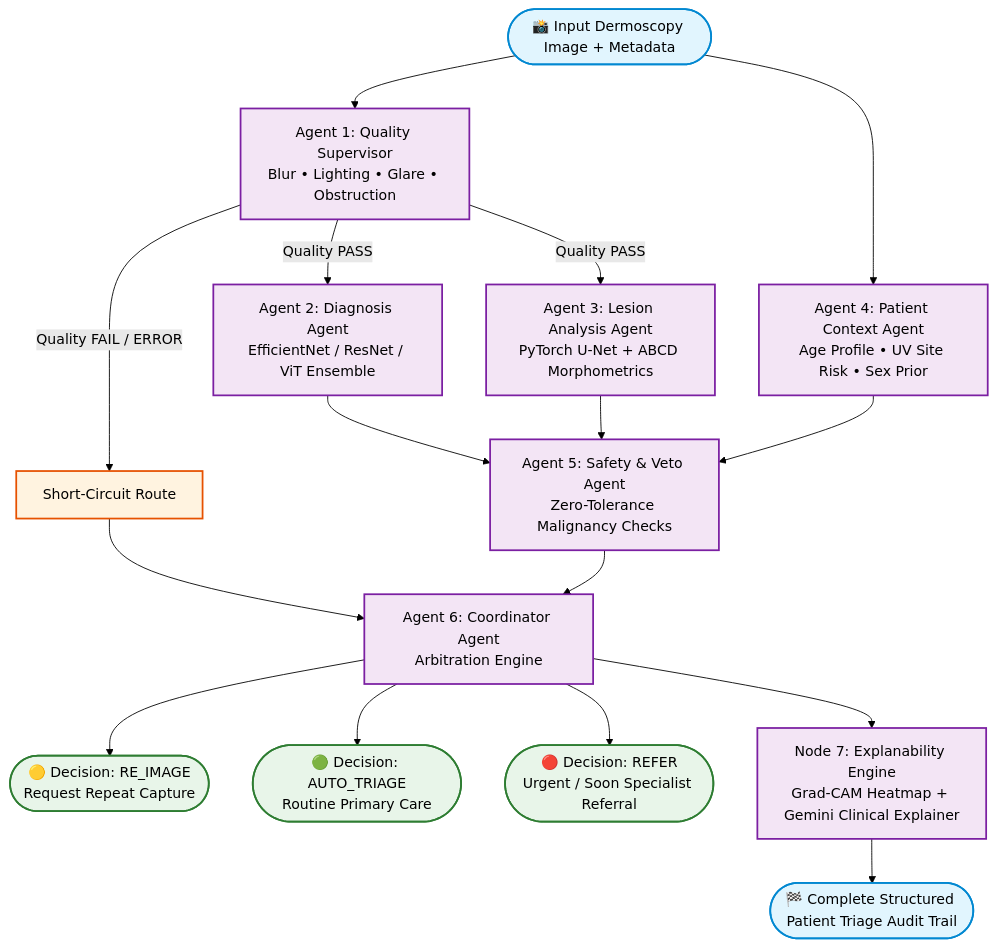
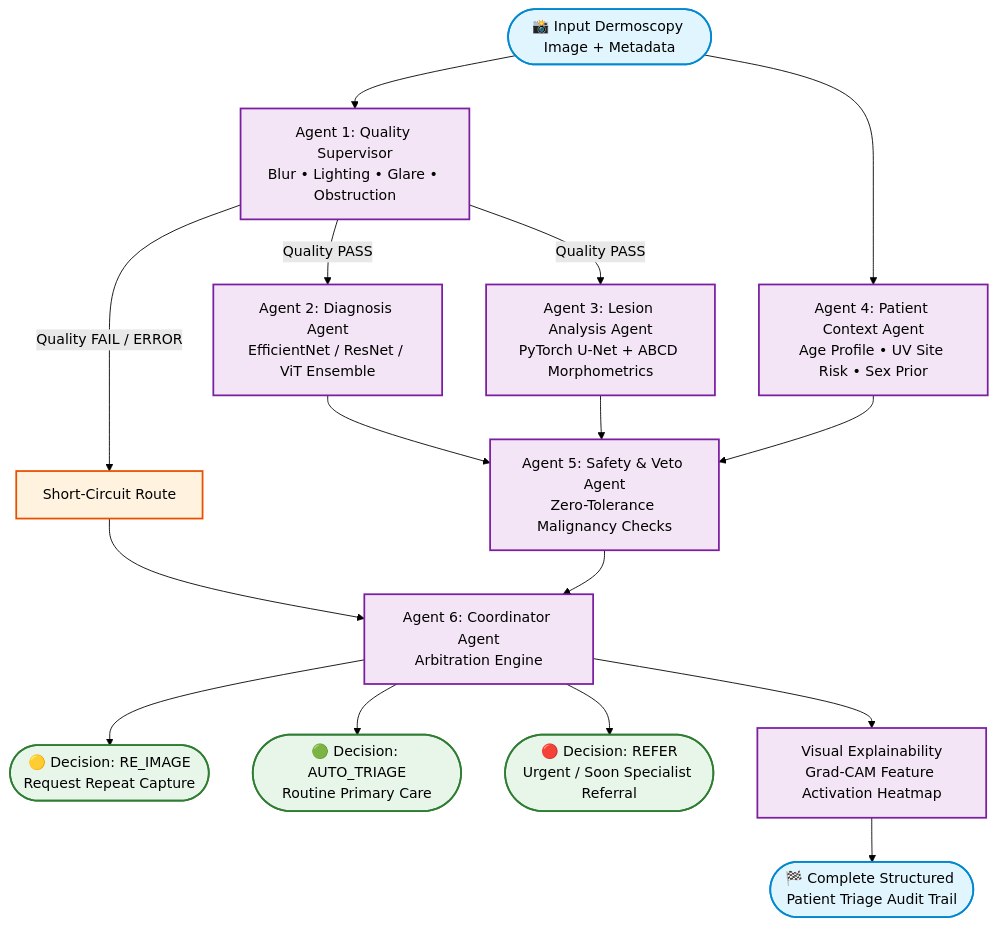
One commit to AryanV-Coder/DermaGuard changed the diagram in README.md. Above: the diagram before and after it, drawn with Mermaid (forest theme). The commit also changed other lines of this file and 8 other files, not shown here.

````diff
--- a/README.md
+++ b/README.md
@@ -60,36 +60,36 @@
 ```mermaid
 flowchart TD
     START([📸 Input Dermoscopy Image + Metadata]) --> A1[Agent 1: Quality Supervisor\nBlur • Lighting • Glare • Obstruction]
     START --> A4[Agent 4: Patient Context Agent\nAge Profile • UV Site Risk • Sex Prior]
 
     %% Quality Router
     A1 -->|Quality FAIL / ERROR| SHORT_CIRCUIT[Short-Circuit Route]
     SHORT_CIRCUIT --> A6[Agent 6: Coordinator Agent\nArbitration Engine]
     A6 --> RE_IMAGE([🟡 Decision: RE_IMAGE\nRequest Repeat Capture])
 
     %% High Quality Path
     A1 -->|Quality PASS| A2[Agent 2: Diagnosis Agent\nEfficientNet / ResNet / ViT Ensemble]
     A1 -->|Quality PASS| A3[Agent 3: Lesion Analysis Agent\nPyTorch U-Net + ABCD Morphometrics]
 
     A2 --> A5[Agent 5: Safety & Veto Agent\nZero-Tolerance Malignancy Checks]
     A3 --> A5
     A4 --> A5
 
     A5 --> A6
     A6 --> AUTO_TRIAGE([🟢 Decision: AUTO_TRIAGE\nRoutine Primary Care])
     A6 --> REFER([🔴 Decision: REFER\nUrgent / Soon Specialist Referral])
 
     %% Post-Coordinator Explanations
-    A6 --> EXP[Node 7: Explanability Engine\nGrad-CAM Heatmap + Gemini Clinical Explainer]
+    A6 --> EXP[Visual Explainability\nGrad-CAM Feature Activation Heatmap]
     EXP --> END([🏁 Complete Structured Patient Triage Audit Trail])
 
     classDef input fill:#e1f5fe,stroke:#0288d1,stroke-width:2px;
     classDef agent fill:#f3e5f5,stroke:#7b1fa2,stroke-width:2px;
     classDef decision fill:#fff3e0,stroke:#e65100,stroke-width:2px;
     classDef final fill:#e8f5e9,stroke:#2e7d32,stroke-width:2px;
 
     class START,END input;
     class A1,A2,A3,A4,A5,A6,EXP agent;
     class SHORT_CIRCUIT decision;
     class AUTO_TRIAGE,REFER,RE_IMAGE final;
 ```
````
